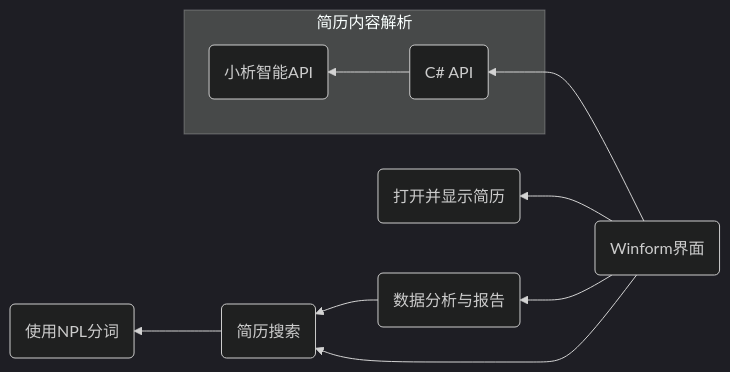
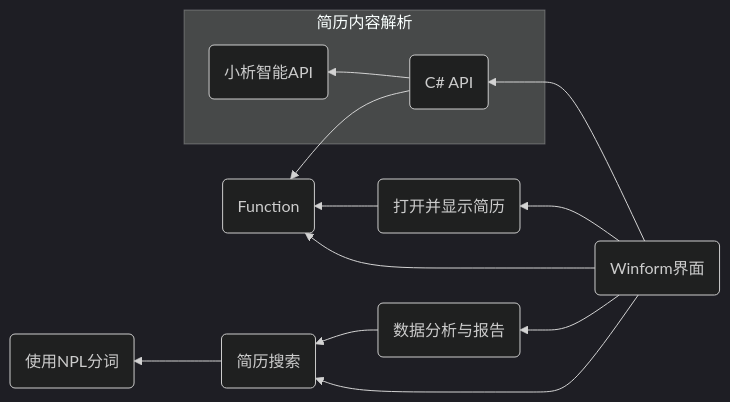
The diagram in README.md (Csharp-course-design/Resume-Parser-System), drawn with Mermaid (dark theme) before and after one commit. The commit also changed other lines of this file, not shown here.

````diff
--- a/README.md
+++ b/README.md
@@ -9,19 +9,23 @@
 ```mermaid
 graph RL;
 Csharp(C# API)
 Search(简历搜索)
 D(数据分析与报告)
 Split(使用NPL分词)
 Winform(Winform界面)
-G(打开并显示简历)
+Open(打开并显示简历)
 Gpt(小析智能API)
+F(Function)
 D-->Search
 Search-->Split
 Winform-->D
 Winform-->Search
-Winform-->G
+Winform-->Open
 subgraph 简历内容解析
   Csharp-->Gpt
 end
+Csharp-->F
 Winform-->Csharp
+Open-->F
+Winform-->F
 ```
````
